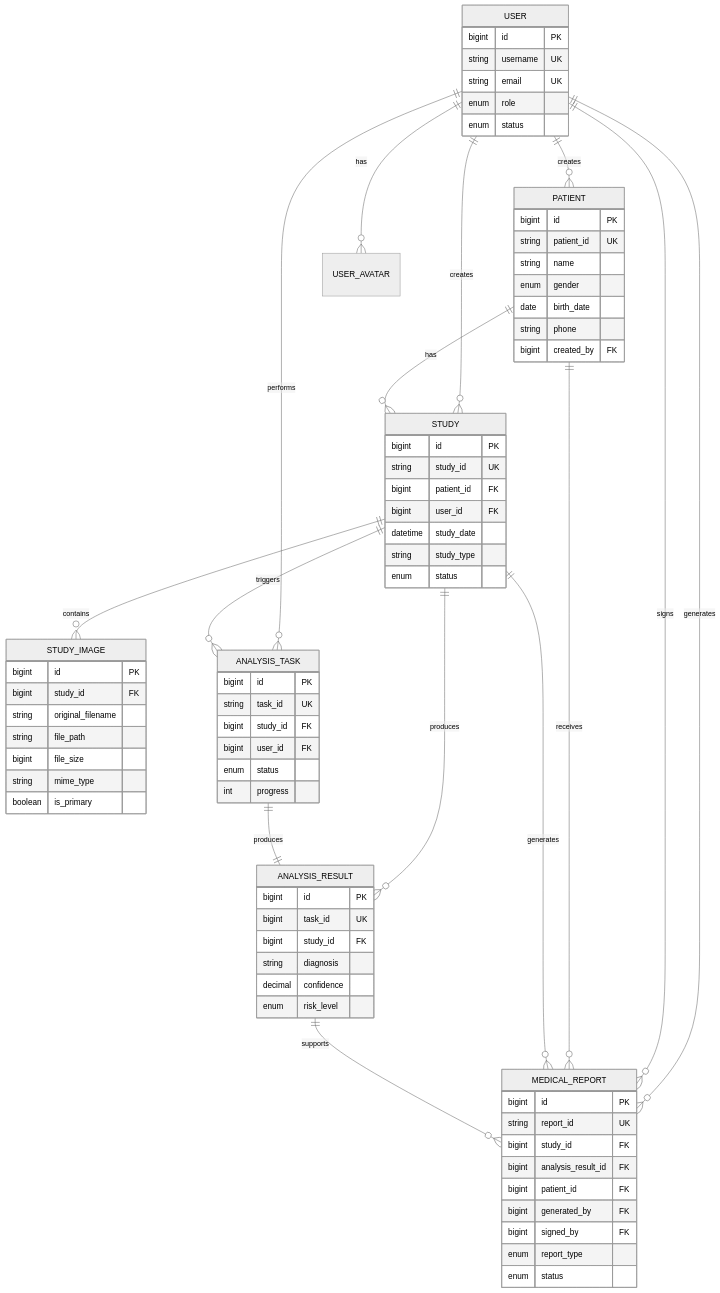
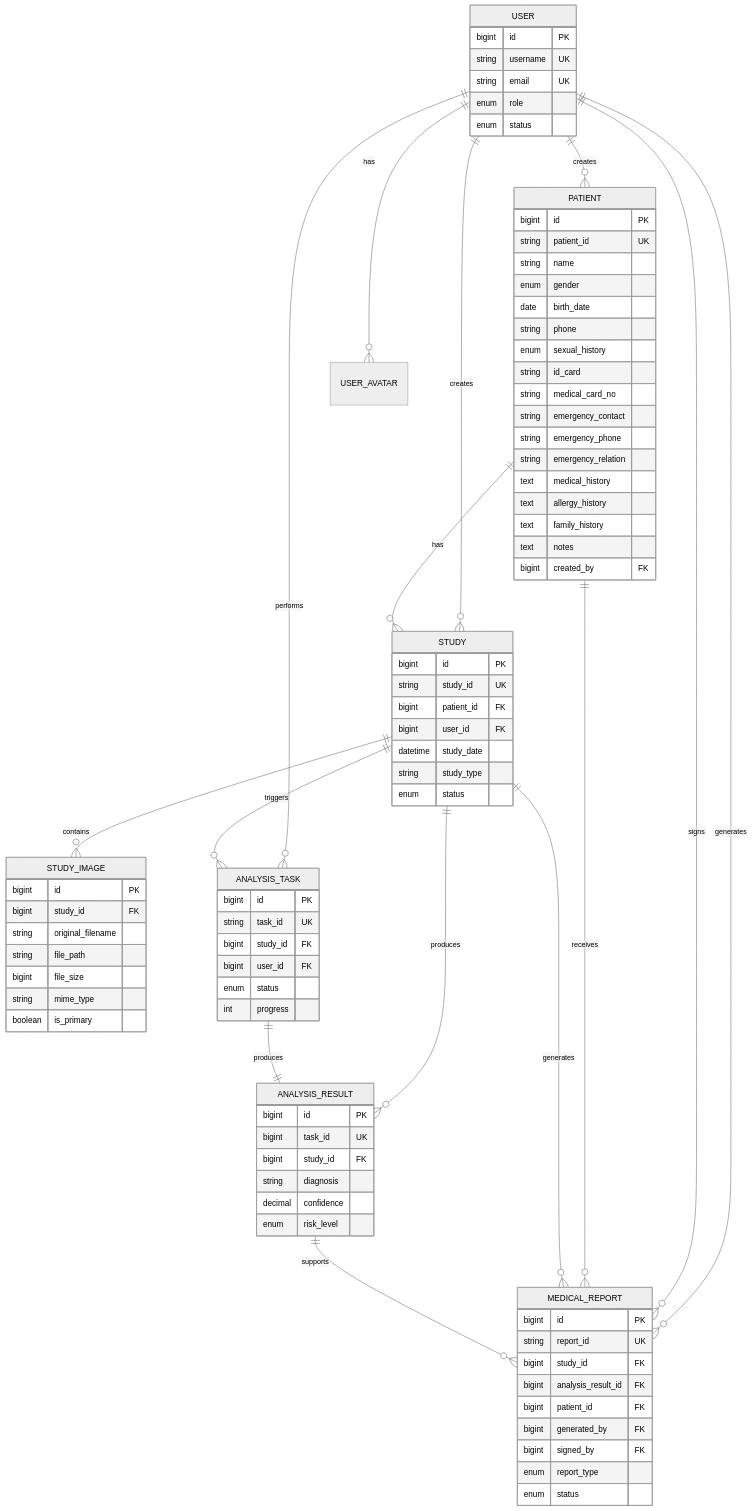
One commit to xingranya/CervixDetectAI changed the diagram in wiki/数据库设计/关系图.md. Above: the diagram before and after it, drawn with Mermaid (neutral theme). The commit also changed 9 other files, not shown here.

```diff
--- a/wiki/数据库设计/关系图.md
+++ b/wiki/数据库设计/关系图.md
@@ -111,6 +111,16 @@
         enum gender
         date birth_date
         string phone
+        enum sexual_history
+        string id_card
+        string medical_card_no
+        string emergency_contact
+        string emergency_phone
+        string emergency_relation
+        text medical_history
+        text allergy_history
+        text family_history
+        text notes
         bigint created_by FK
     }
     STUDY {
```
